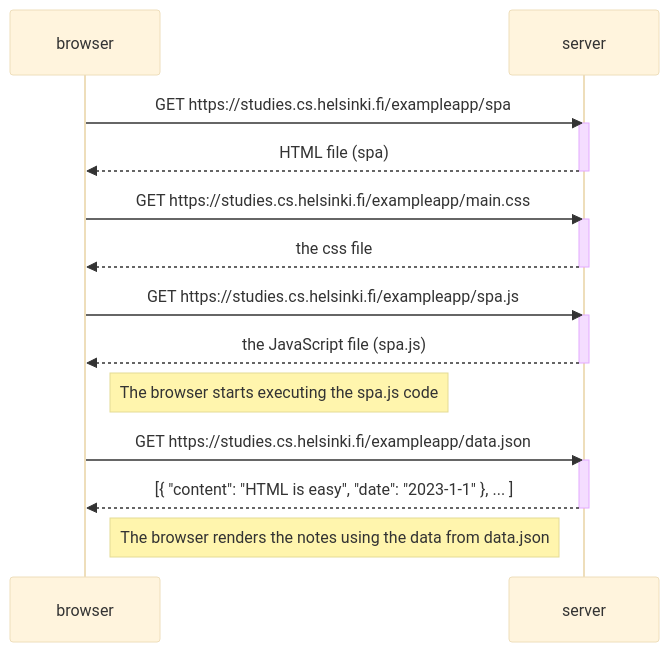
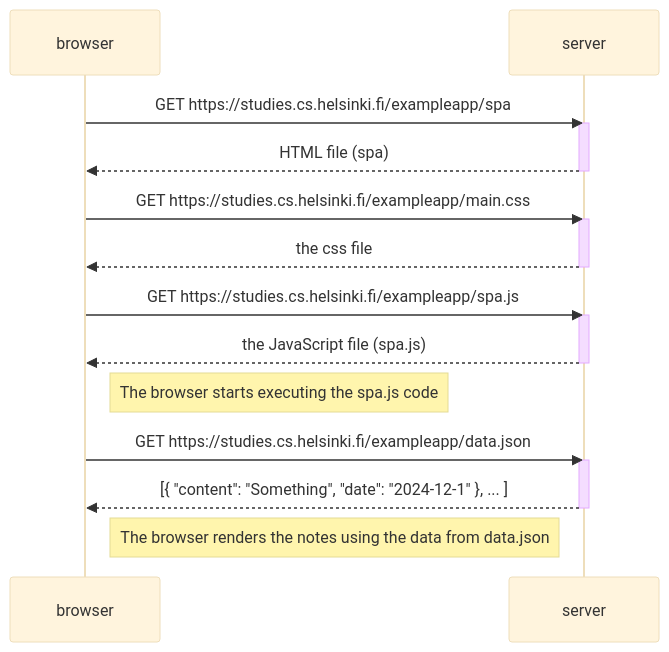
One commit to iamkovtun/full-stack changed the diagram in part0/05.mmd. Above: the diagram before and after it, drawn with Mermaid (base theme).

Commit message:
Update 05.mmd
fixed typo

```diff
--- a/part0/05.mmd
+++ b/part0/05.mmd
@@ -1,27 +1,27 @@
 sequenceDiagram
     participant browser
     participant server
 
     browser->>server: GET https://studies.cs.helsinki.fi/exampleapp/spa
     activate server
     server-->>browser: HTML file (spa)
     deactivate server
 
     browser->>server: GET https://studies.cs.helsinki.fi/exampleapp/main.css
     activate server
     server-->>browser: the css file
     deactivate server
 
     browser->>server: GET https://studies.cs.helsinki.fi/exampleapp/spa.js
     activate server
     server-->>browser: the JavaScript file (spa.js)
     deactivate server
 
     Note right of browser: The browser starts executing the spa.js code
 
     browser->>server: GET https://studies.cs.helsinki.fi/exampleapp/data.json
     activate server
-    server-->>browser: [{ "content": "HTML is easy", "date": "2023-1-1" }, ... ]
+    server-->>browser: [{ "content": "Something", "date": "2024-12-1" }, ... ]
     deactivate server
 
     Note right of browser: The browser renders the notes using the data from data.json
```
